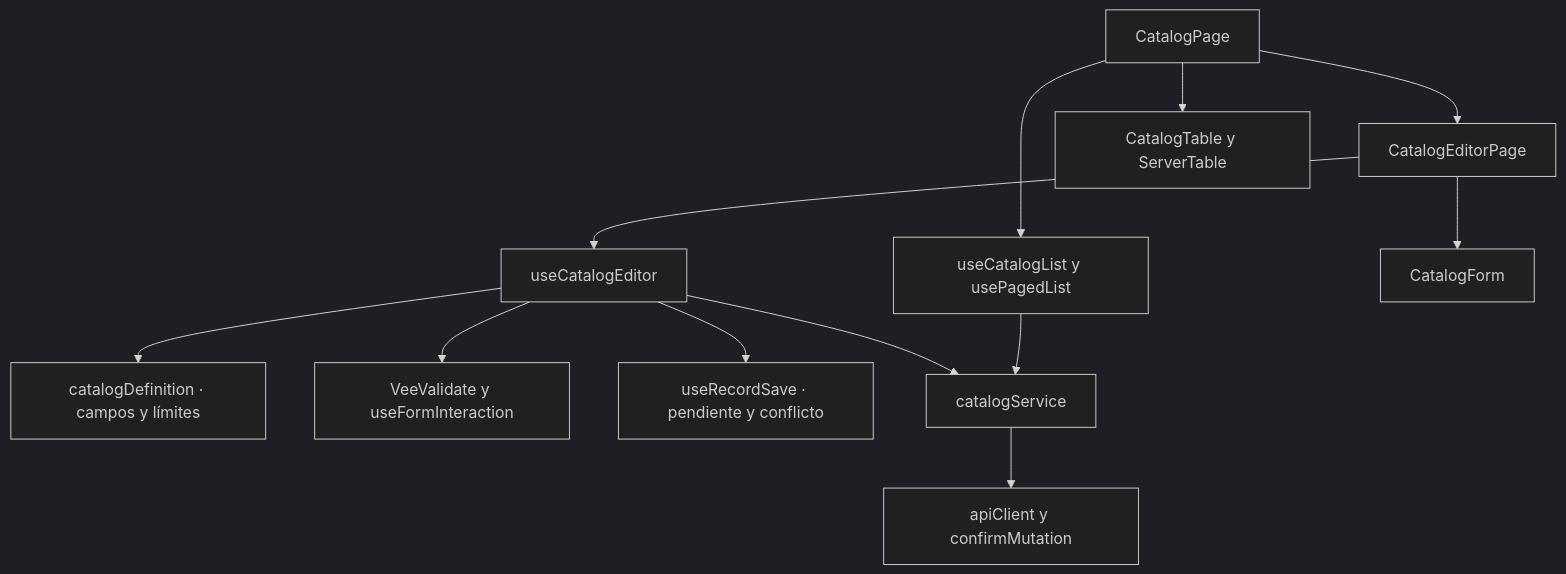
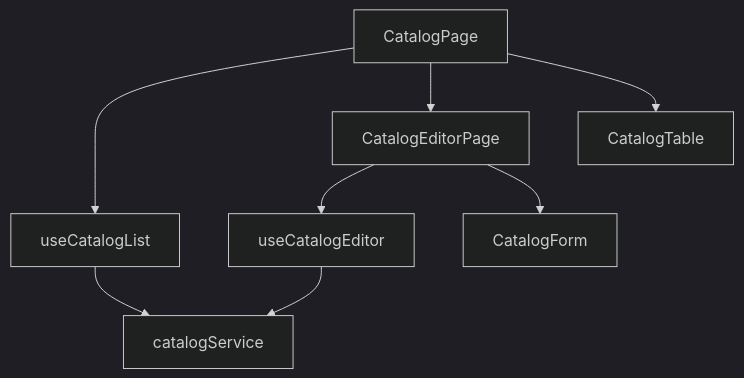
One commit to gpgsistemas01/nexus changed the diagram in front/docs/architecture/views/logical/components/03-catalogs.md. Above: the diagram before and after it, drawn with Mermaid (dark theme). The commit also changed other lines of this file and 158 other files, not shown here.

````diff
--- a/front/docs/architecture/views/logical/components/03-catalogs.md
+++ b/front/docs/architecture/views/logical/components/03-catalogs.md
@@ -9,14 +7,17 @@
 ```mermaid
 flowchart TB
-    page["CatalogPage"] --> list["useCatalogList y usePagedList"]
-    page --> editorPage["CatalogEditorPage"]
-    editorPage --> editor["useCatalogEditor"]
-    editorPage --> form["CatalogForm"]
-    page --> table["CatalogTable y ServerTable"]
-    editor --> config["catalogDefinition · campos y límites"]
-    editor --> interaction["VeeValidate y useFormInteraction"]
-    editor --> save["useRecordSave · pendiente y conflicto"]
-    list --> service["catalogService"]
+    page["CatalogPage"]
+    list["useCatalogList"]
+    editorPage["CatalogEditorPage"]
+    editor["useCatalogEditor"]
+    form["CatalogForm"]
+    table["CatalogTable"]
+    service["catalogService"]
+    page --> list
+    page --> editorPage
+    page --> table
+    editorPage --> editor
+    editorPage --> form
     editor --> service
-    service --> http["apiClient y confirmMutation"]
+    list --> service
 ```
````
